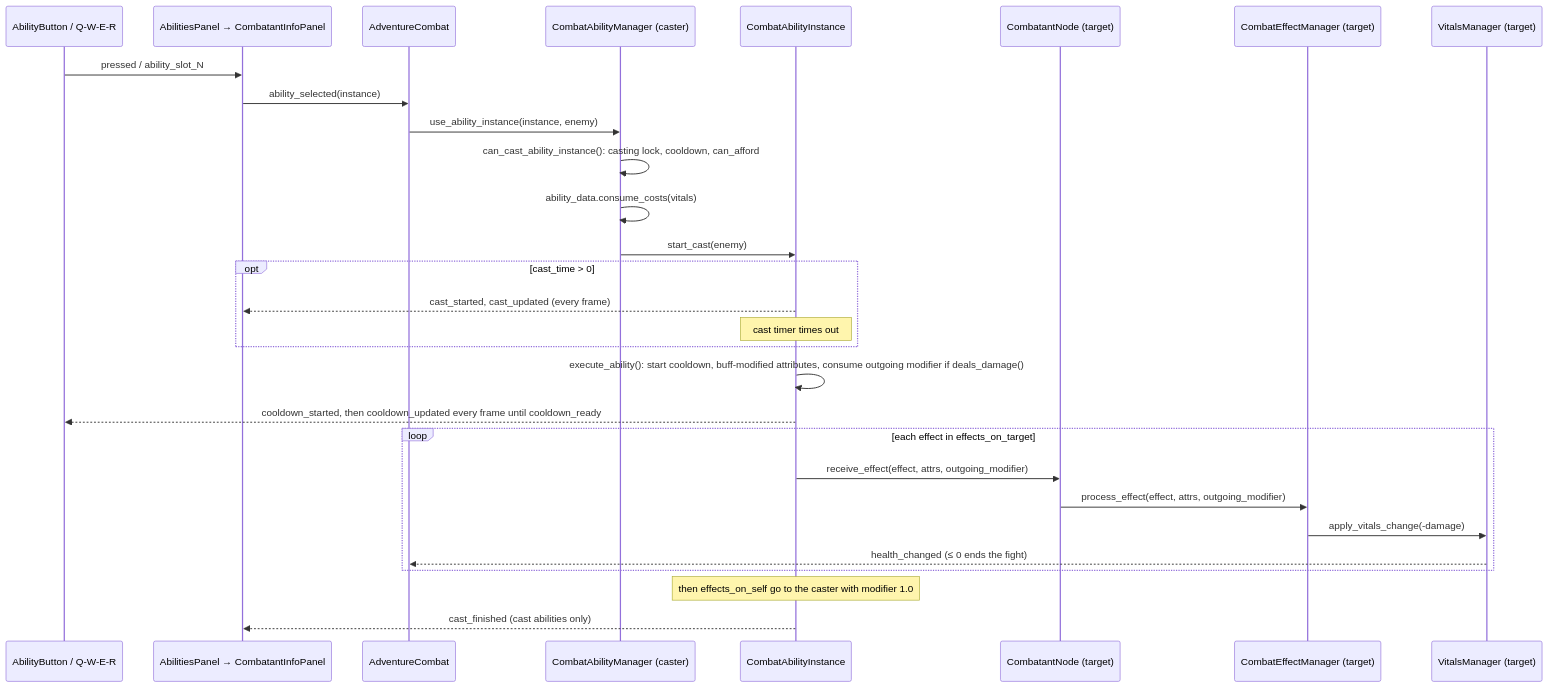
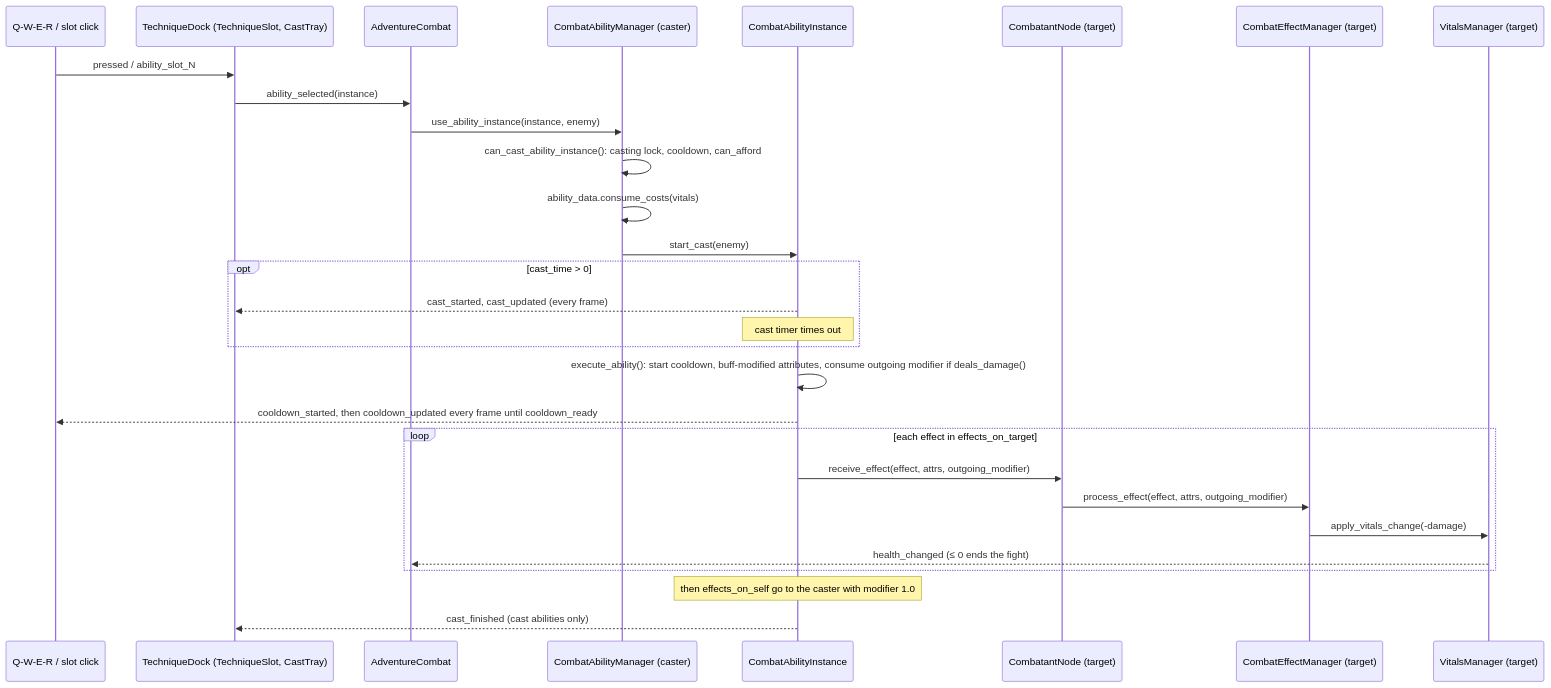
One commit to LionelEisenberg/EndlessPath changed the diagram in scenes/combat/combat_architecture.md. Above: the diagram before and after it, drawn with Mermaid. The commit also changed other lines of this file and 7 other files, not shown here.

````diff
--- a/scenes/combat/combat_architecture.md
+++ b/scenes/combat/combat_architecture.md
@@ -51,32 +52,32 @@
 ```mermaid
 sequenceDiagram
-    participant UI as AbilityButton / Q-W-E-R
-    participant Panel as AbilitiesPanel → CombatantInfoPanel
+    participant UI as Q-W-E-R / slot click
+    participant Panel as TechniqueDock (TechniqueSlot, CastTray)
     participant AC as AdventureCombat
     participant CAM as CombatAbilityManager (caster)
     participant CAI as CombatAbilityInstance
     participant T as CombatantNode (target)
     participant CEM as CombatEffectManager (target)
     participant VM as VitalsManager (target)
 
     UI->>Panel: pressed / ability_slot_N
     Panel->>AC: ability_selected(instance)
     AC->>CAM: use_ability_instance(instance, enemy)
     CAM->>CAM: can_cast_ability_instance(): casting lock, cooldown, can_afford
     CAM->>CAM: ability_data.consume_costs(vitals)
     CAM->>CAI: start_cast(enemy)
     opt cast_time > 0
         CAI-->>Panel: cast_started, cast_updated (every frame)
         Note over CAI: cast timer times out
     end
     CAI->>CAI: execute_ability(): start cooldown, buff-modified attributes, consume outgoing modifier if deals_damage()
     CAI-->>UI: cooldown_started, then cooldown_updated every frame until cooldown_ready
     loop each effect in effects_on_target
         CAI->>T: receive_effect(effect, attrs, outgoing_modifier)
         T->>CEM: process_effect(effect, attrs, outgoing_modifier)
         CEM->>VM: apply_vitals_change(-damage)
         VM-->>AC: health_changed (≤ 0 ends the fight)
     end
     Note over CAI: then effects_on_self go to the caster with modifier 1.0
     CAI-->>Panel: cast_finished (cast abilities only)
 ```
````
